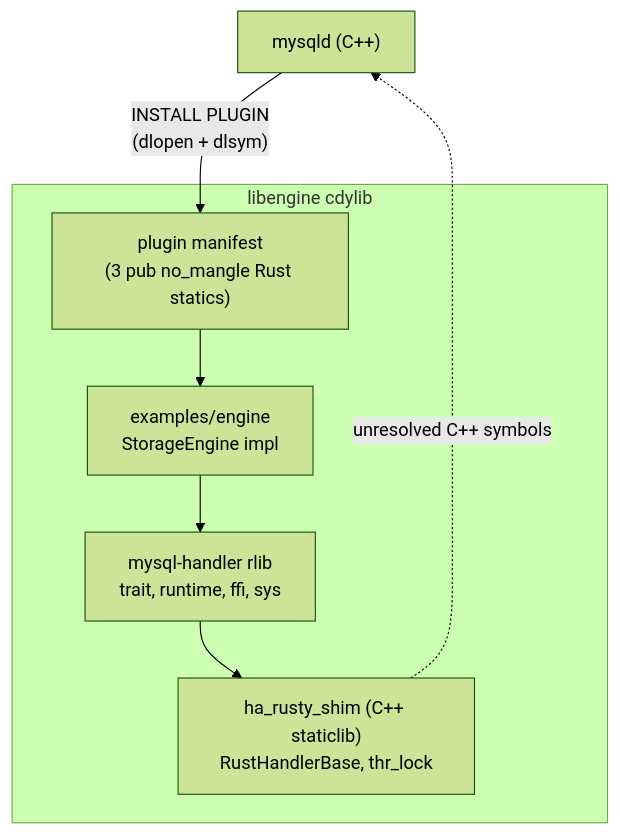
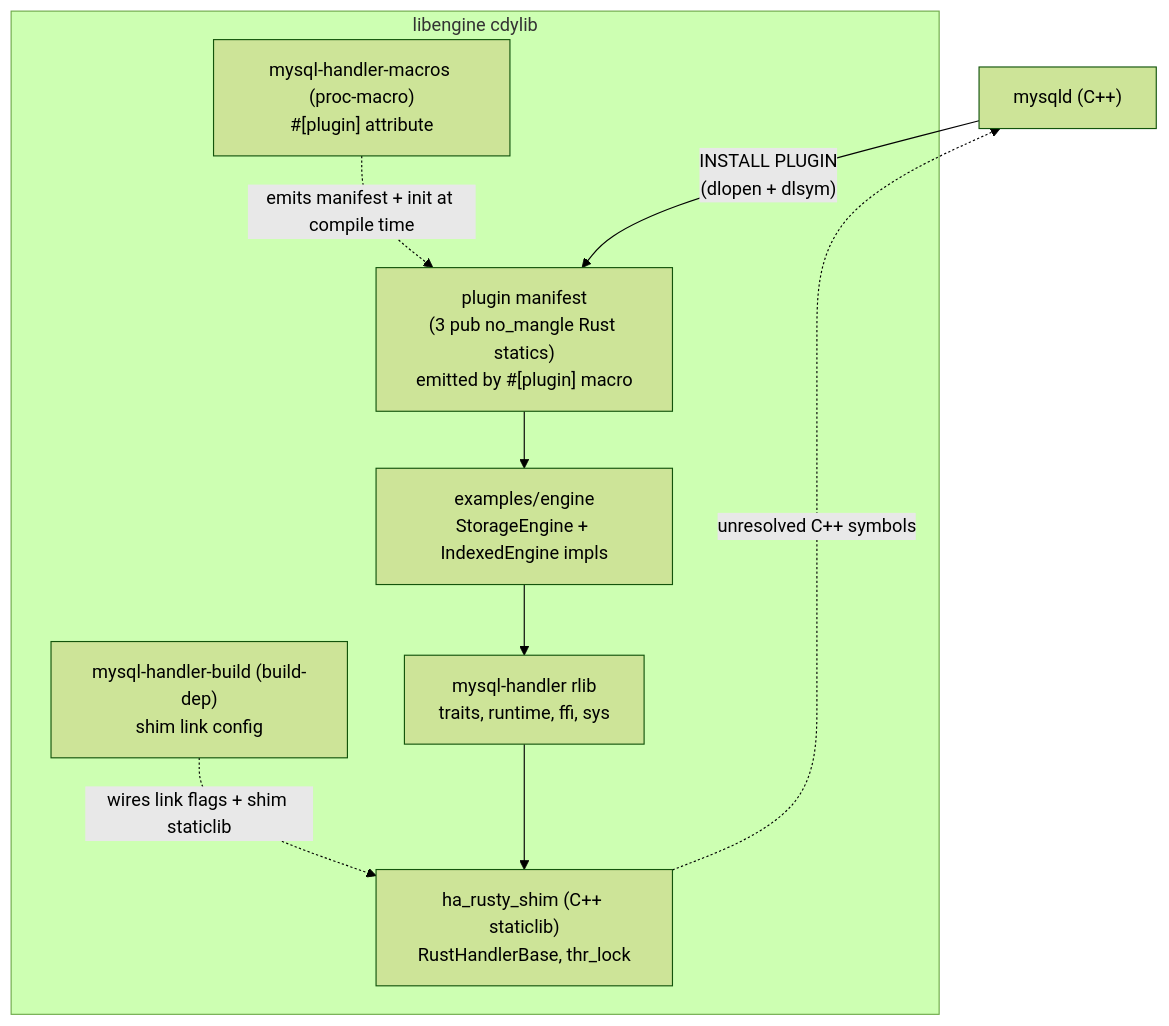
The first of 2 diagrams in docs/architecture.md (ren-yamanashi/rusty_mysql_handler), drawn with Mermaid (forest theme) before and after one commit. The commit also changed other lines of this file and 2 other files, not shown here.

Commit message:
docs: rewrite README quick start and architecture for 0.2

````diff
--- a/docs/architecture.md
+++ b/docs/architecture.md
@@ -5,13 +5,17 @@
 ```mermaid
 graph TD
   Server["mysqld (C++)"]
   subgraph cdylib["libengine cdylib"]
-    Manifest["plugin manifest<br/>(3 pub no_mangle Rust statics)"]
-    Engine["examples/engine<br/>StorageEngine impl"]
-    Rlib["mysql-handler rlib<br/>trait, runtime, ffi, sys"]
+    Manifest["plugin manifest<br/>(3 pub no_mangle Rust statics)<br/>emitted by #[plugin] macro"]
+    Engine["examples/engine<br/>StorageEngine + IndexedEngine impls"]
+    Macros["mysql-handler-macros (proc-macro)<br/>#[plugin] attribute"]
+    Build["mysql-handler-build (build-dep)<br/>shim link config"]
+    Rlib["mysql-handler rlib<br/>traits, runtime, ffi, sys"]
     Shim["ha_rusty_shim (C++ staticlib)<br/>RustHandlerBase, thr_lock"]
   end
   Server -->|"INSTALL PLUGIN<br/>(dlopen + dlsym)"| Manifest
   Manifest --> Engine --> Rlib --> Shim
+  Macros -. "emits manifest + init at compile time" .-> Manifest
+  Build -. "wires link flags + shim staticlib" .-> Shim
   Shim -. "unresolved C++ symbols" .-> Server
 ```
````
